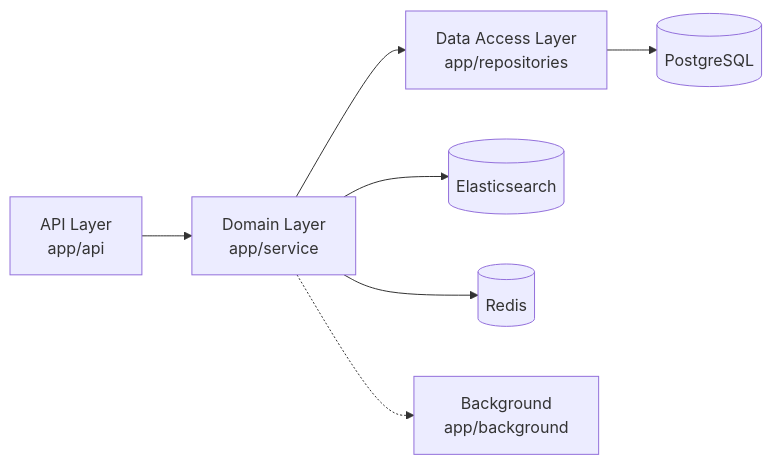
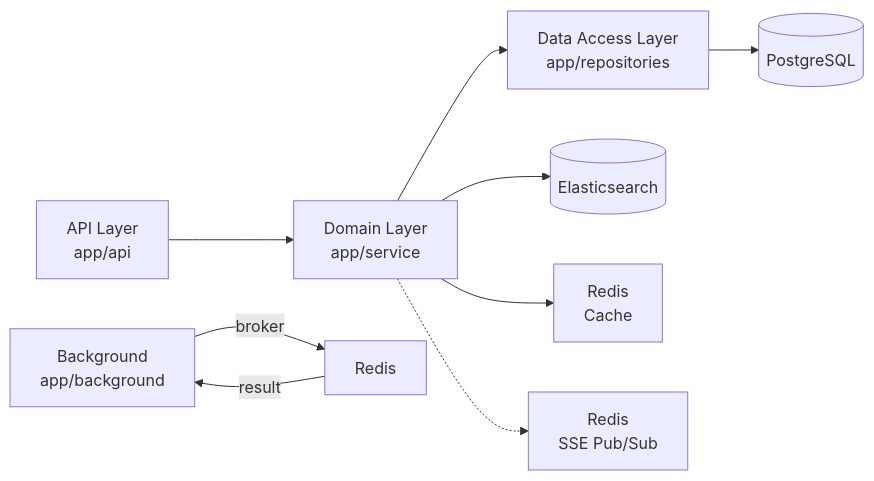
The diagram in README.md (MCMXCVIII-XXI/miha-taskflow), drawn with Mermaid before and after one commit. The commit also changed other lines of this file, not shown here.

````diff
--- a/README.md
+++ b/README.md
@@ -49,9 +56,11 @@
 ```mermaid
 graph LR
     API[API Layer<br/>app/api] --> Domain[Domain Layer<br/>app/service]
     Domain --> DataAccess[Data Access Layer<br/>app/repositories]
     DataAccess --> DB[(PostgreSQL)]
     Domain --> ES[(Elasticsearch)]
-    Domain --> Cache[(Redis)]
-    Domain -.-> BG[Background<br/>app/background]
+    Domain --> Cache[Redis<br/>Cache]
+    Domain -.-> SSE[Redis<br/>SSE Pub/Sub]
+    BG[Background<br/>app/background] -->|broker| Redis
+    Redis -->|result| BG
 ```
````
